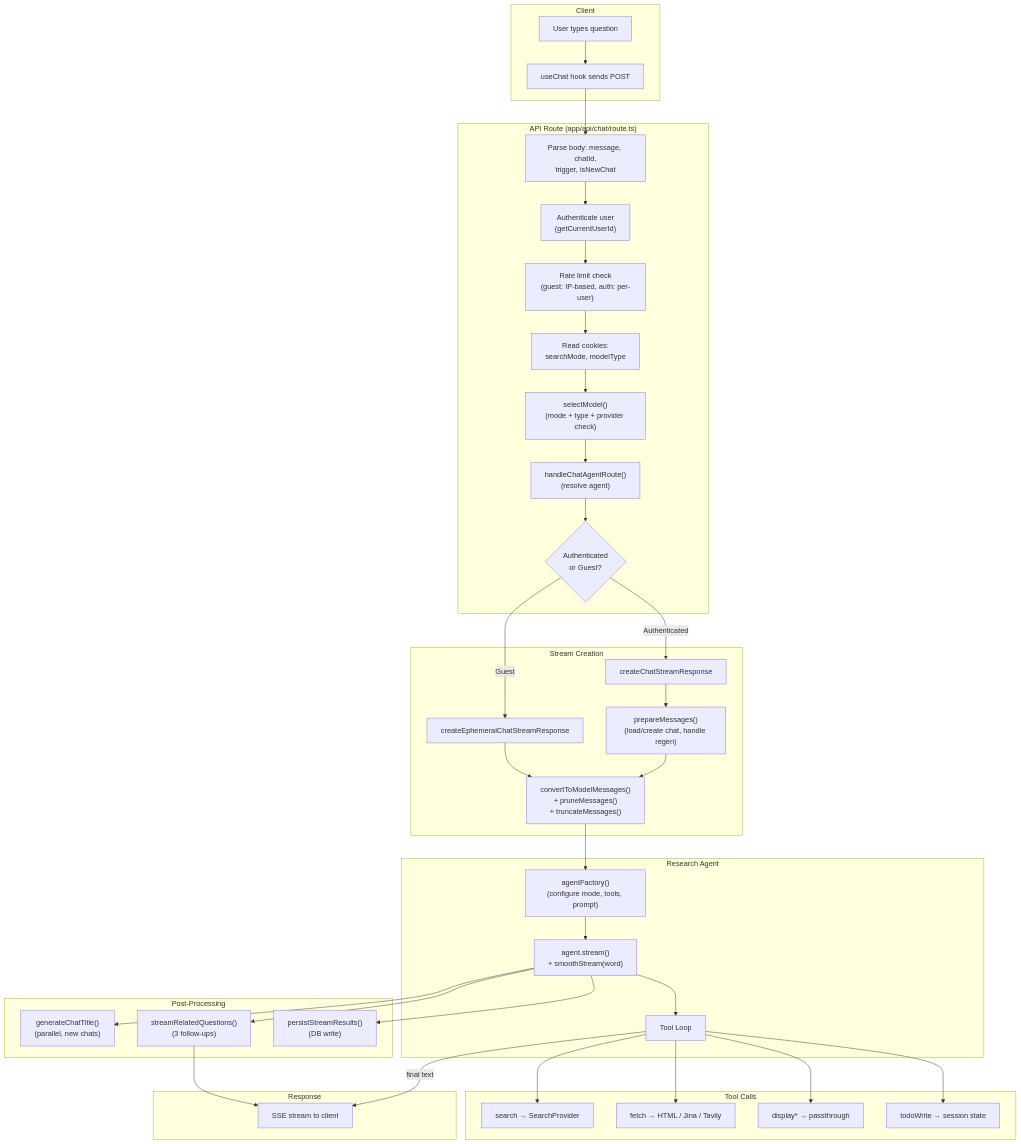
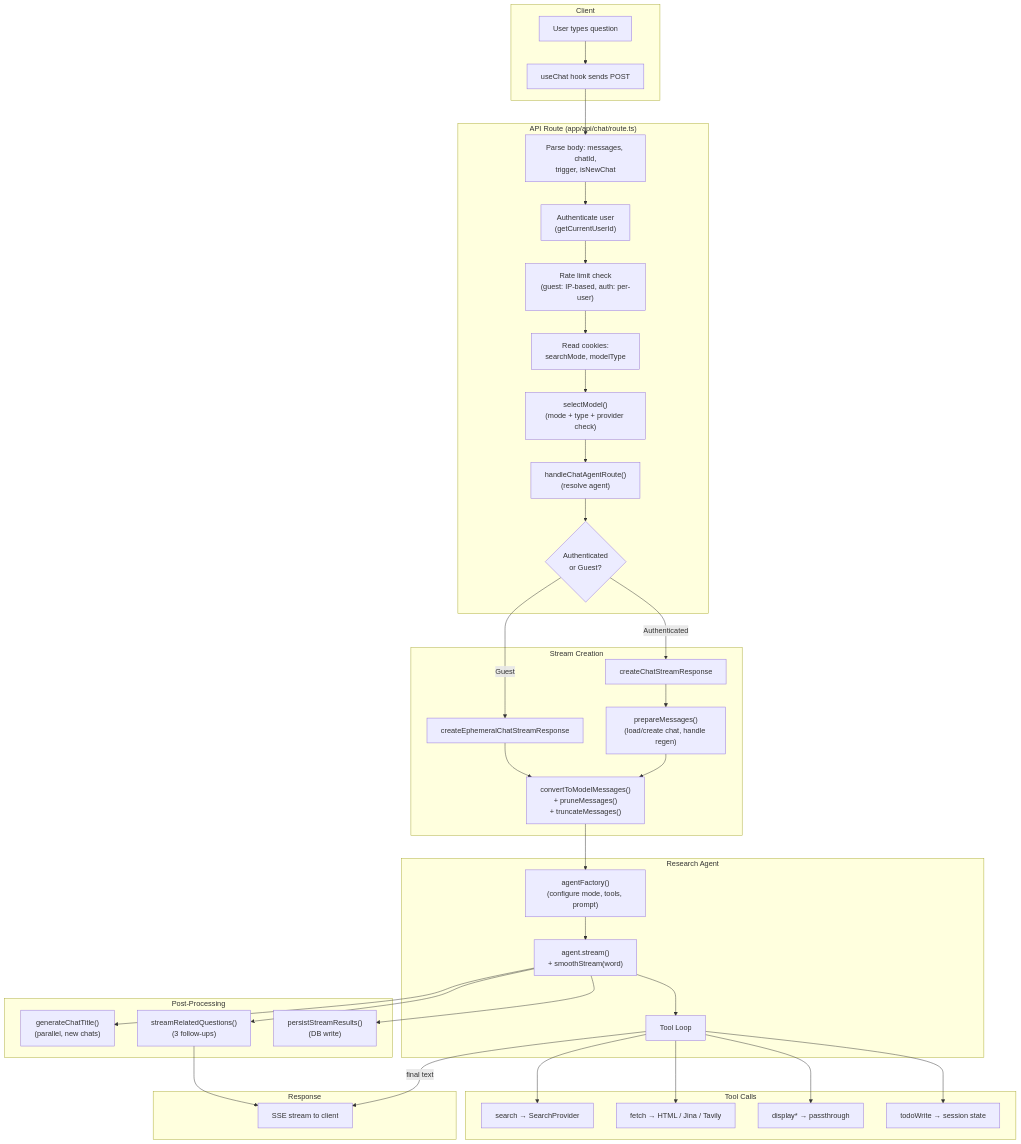
One commit to NickB03/polymorph changed the second of 5 diagrams in docs/architecture/RESEARCH-AGENT.md. Above: the diagram before and after it, drawn with Mermaid. The commit also changed other lines of this file and 53 other files, not shown here.

````diff
--- a/docs/architecture/RESEARCH-AGENT.md
+++ b/docs/architecture/RESEARCH-AGENT.md
@@ -58,62 +58,62 @@
 ```mermaid
 flowchart TD
     subgraph ClientLayer["Client"]
         UserInput["User types question"]
         UseChat["useChat hook sends POST"]
     end
 
     subgraph APILayer["API Route (app/api/chat/route.ts)"]
-        ParseBody["Parse body: message, chatId,<br/>trigger, isNewChat"]
+        ParseBody["Parse body: messages, chatId,<br/>trigger, isNewChat"]
         Auth["Authenticate user<br/>(getCurrentUserId)"]
         RateLimit["Rate limit check<br/>(guest: IP-based, auth: per-user)"]
         ReadCookies["Read cookies:<br/>searchMode, modelType"]
         SelectModel["selectModel()<br/>(mode + type + provider check)"]
         DelegateAgent["handleChatAgentRoute()<br/>(resolve agent)"]
         DispatchStream{"Authenticated<br/>or Guest?"}
     end
 
     subgraph StreamLayer["Stream Creation"]
         AuthStream["createChatStreamResponse"]
         EphStream["createEphemeralChatStreamResponse"]
         PrepareMsg["prepareMessages()<br/>(load/create chat, handle regen)"]
         ConvertMsg["convertToModelMessages()<br/>+ pruneMessages()<br/>+ truncateMessages()"]
     end
 
     subgraph AgentLayer["Research Agent"]
         CreateAgent["agentFactory()<br/>(configure mode, tools, prompt)"]
         AgentStream["agent.stream()<br/>+ smoothStream(word)"]
         ToolLoop["Tool Loop"]
     end
 
     subgraph ToolExecution["Tool Calls"]
         SearchTool["search → SearchProvider"]
         FetchTool["fetch → HTML / Jina / Tavily"]
         DisplayTools["display* → passthrough"]
         TodoTool["todoWrite → session state"]
     end
 
     subgraph PostProcess["Post-Processing"]
         TitleGen["generateChatTitle()<br/>(parallel, new chats)"]
         RelatedQ["streamRelatedQuestions()<br/>(3 follow-ups)"]
         Persist["persistStreamResults()<br/>(DB write)"]
     end
 
     subgraph Response["Response"]
         SSE["SSE stream to client"]
     end
 
     UserInput --> UseChat --> ParseBody --> Auth --> RateLimit --> ReadCookies --> SelectModel --> DelegateAgent --> DispatchStream
     DispatchStream -->|Authenticated| AuthStream
     DispatchStream -->|Guest| EphStream
     AuthStream --> PrepareMsg --> ConvertMsg
     EphStream --> ConvertMsg
     ConvertMsg --> CreateAgent --> AgentStream --> ToolLoop
     ToolLoop --> SearchTool
     ToolLoop --> FetchTool
     ToolLoop --> DisplayTools
     ToolLoop --> TodoTool
     ToolLoop -->|"final text"| SSE
     AgentStream --> TitleGen
     AgentStream --> RelatedQ --> SSE
     AgentStream --> Persist
 ```
````
